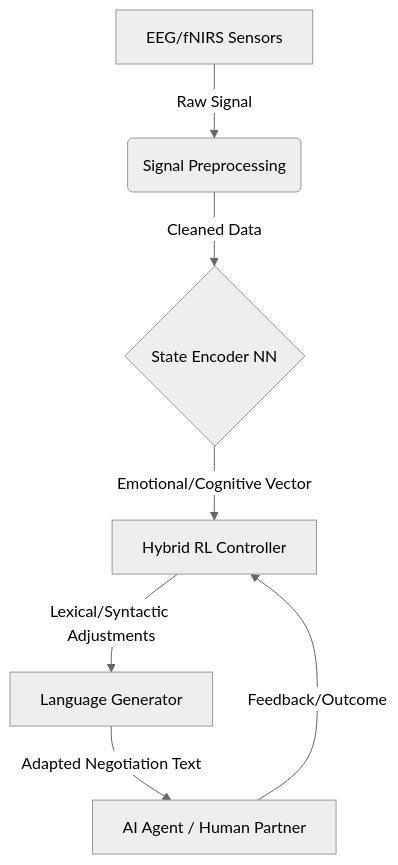
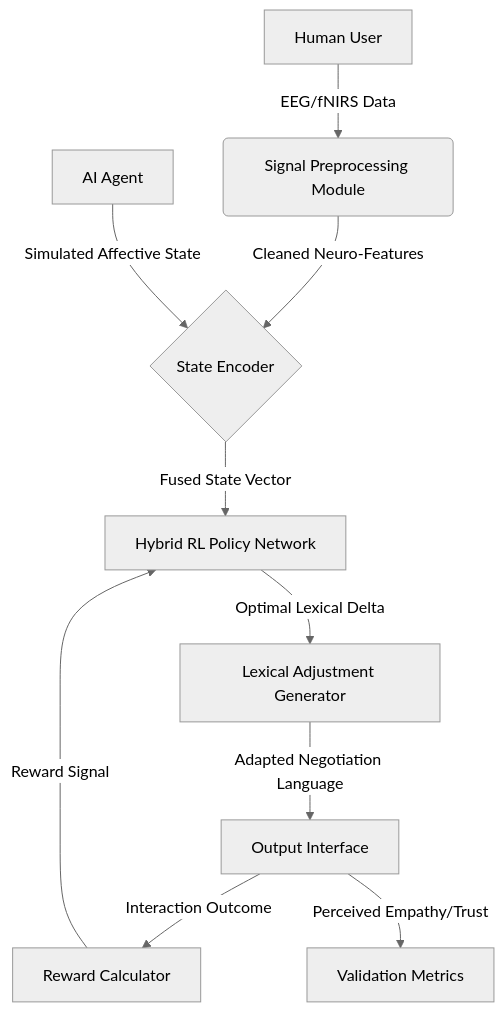
The diagram in inventions/inv_neuro_emotional_synchronization_negotiation_lang_f12b6.md (shawnhvac/agentworld-prior-art), drawn with Mermaid (neutral theme) before and after one commit. The commit also changed other lines of this file and 58 other files, not shown here.

````diff
--- a/inventions/inv_neuro_emotional_synchronization_negotiation_lang_f12b6.md
+++ b/inventions/inv_neuro_emotional_synchronization_negotiation_lang_f12b6.md
@@ -47,9 +47,12 @@
 ```mermaid
 graph TD
-    A[EEG/fNIRS Sensors] -->|Raw Signal| B(Signal Preprocessing)
-    B -->|Cleaned Data| C{State Encoder NN}
-    C -->|Emotional/Cognitive Vector| D[Hybrid RL Controller]
-    D -->|Lexical/Syntactic Adjustments| E[Language Generator]
-    E -->|Adapted Negotiation Text| F[AI Agent / Human Partner]
-    F -->|Feedback/Outcome| D
+    A[Human User] -->|EEG/fNIRS Data| B(Signal Preprocessing Module)
+    B -->|Cleaned Neuro-Features| C{State Encoder}
+    D[AI Agent] -->|Simulated Affective State| C
+    C -->|Fused State Vector| E[Hybrid RL Policy Network]
+    E -->|Optimal Lexical Delta| F[Lexical Adjustment Generator]
+    F -->|Adapted Negotiation Language| G[Output Interface]
+    G -->|Interaction Outcome| H[Reward Calculator]
+    H -->|Reward Signal| E
+    G -->|Perceived Empathy/Trust| I[Validation Metrics]
 ```
````
